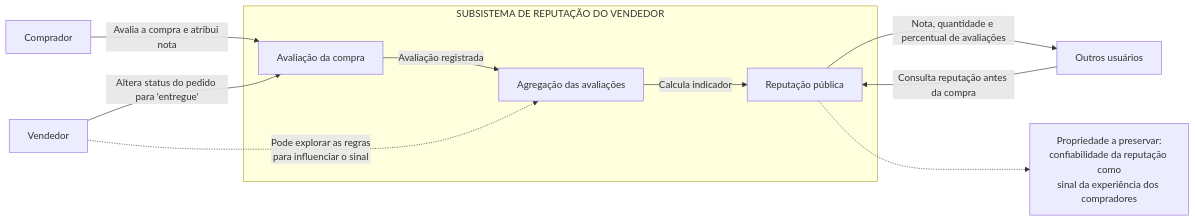
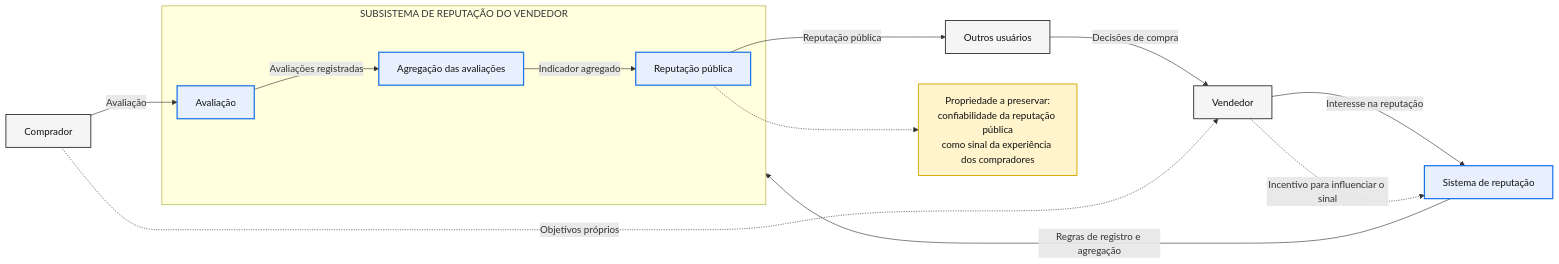
The diagram in diagramas/contexto.mmd (JulioSilveiraFTTB/adversarial), drawn with Mermaid before and after one commit. The commit also changed 2 other files, not shown here.

Commit message:
docs: correção no diagrama de contexto

```diff
--- a/diagramas/contexto.mmd
+++ b/diagramas/contexto.mmd
@@ -1,25 +1,36 @@
 flowchart LR
+
     B["Comprador"]
     V["Vendedor"]
+    S["Sistema de reputação"]
     U["Outros usuários"]
 
     subgraph SR["SUBSISTEMA DE REPUTAÇÃO DO VENDEDOR"]
-        AV["Avaliação da compra"]
+        A["Avaliação"]
         AG["Agregação das avaliações"]
         RP["Reputação pública"]
     end
 
-    B -->|"Avalia a compra e atribui nota"| AV
-    V -->|"Altera status do pedido para 'entregue'"| AV
+    B -->|"Avaliação"| A
+    A -->|"Avaliações registradas"| AG
+    AG -->|"Indicador agregado"| RP
+    RP -->|"Reputação pública"| U
+    U -->|"Decisões de compra"| V
 
-    AV -->|"Avaliação registrada"| AG
-    AG -->|"Calcula indicador"| RP
+    V -->|"Interesse na reputação"| S
+    S -->|"Regras de registro e agregação"| SR
 
-    RP -->|"Nota, quantidade e percentual de avaliações"| U
-    U -->|"Consulta reputação antes da compra"| RP
+    B -.->|"Objetivos próprios"| V
+    V -.->|"Incentivo para influenciar o sinal"| S
 
-    P["Propriedade a preservar:<br/>confiabilidade da reputação como<br/>sinal da experiência dos compradores"]
+    P["Propriedade a preservar:<br/>confiabilidade da reputação pública<br/>como sinal da experiência dos compradores"]
 
     RP -.-> P
 
-    V -.->|"Pode explorar as regras<br/>para influenciar o sinal"| AG
+    classDef actor fill:#f5f5f5,stroke:#333,stroke-width:1.5px,color:#111
+    classDef system fill:#e8f0fe,stroke:#1a73e8,stroke-width:2px,color:#111
+    classDef property fill:#fff4cc,stroke:#d6a700,stroke-width:1.5px,color:#111
+
+    class B,V,U actor
+    class S,A,AG,RP system
+    class P property
```
